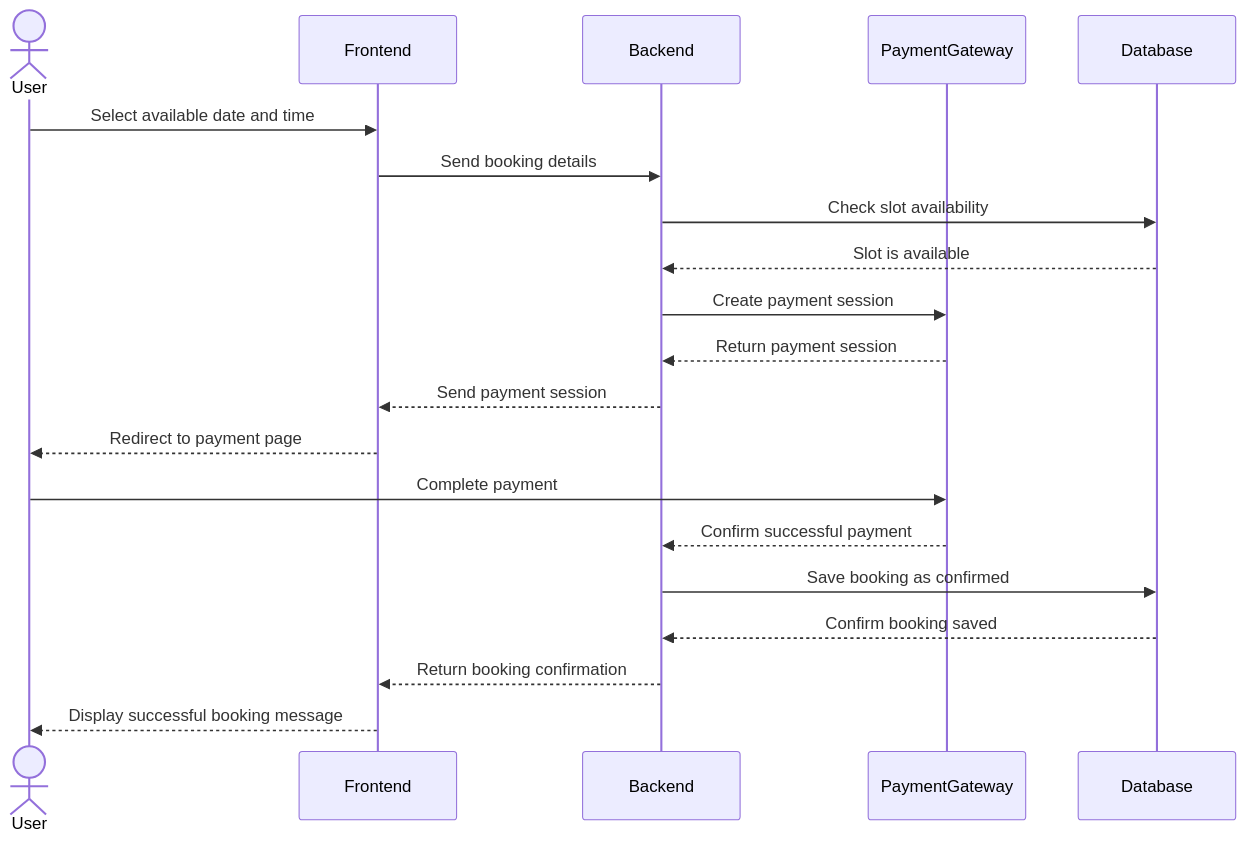
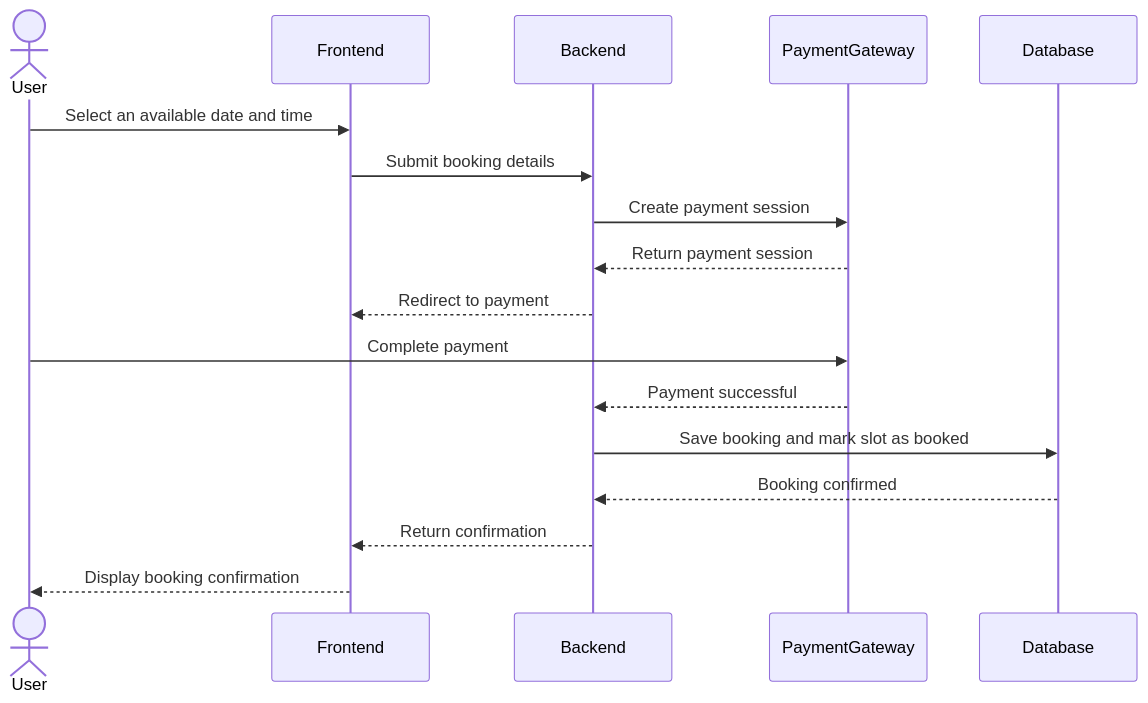
Before and after one commit to laradreamer79/Portfolio-Project: the third of 3 diagrams in stage 3/README.md, drawn with Mermaid.

````diff
--- a/stage 3/README.md
+++ b/stage 3/README.md
@@ -49,28 +49,24 @@
 ```mermaid
 sequenceDiagram
     actor User
     participant Frontend
     participant Backend
     participant PaymentGateway
     participant Database
 
-    User->>Frontend: Select available date and time
-    Frontend->>Backend: Send booking details
-    Backend->>Database: Check slot availability
-    Database-->>Backend: Slot is available
+    User->>Frontend: Select an available date and time
+    Frontend->>Backend: Submit booking details
 
     Backend->>PaymentGateway: Create payment session
     PaymentGateway-->>Backend: Return payment session
 
-    Backend-->>Frontend: Send payment session
-    Frontend-->>User: Redirect to payment page
+    Backend-->>Frontend: Redirect to payment
+    User->>PaymentGateway: Complete payment
+    PaymentGateway-->>Backend: Payment successful
 
-    User->>PaymentGateway: Complete payment
-    PaymentGateway-->>Backend: Confirm successful payment
+    Backend->>Database: Save booking and mark slot as booked
+    Database-->>Backend: Booking confirmed
 
-    Backend->>Database: Save booking as confirmed
-    Database-->>Backend: Confirm booking saved
-
-    Backend-->>Frontend: Return booking confirmation
-    Frontend-->>User: Display successful booking message
+    Backend-->>Frontend: Return confirmation
+    Frontend-->>User: Display booking confirmation
 ```
````
